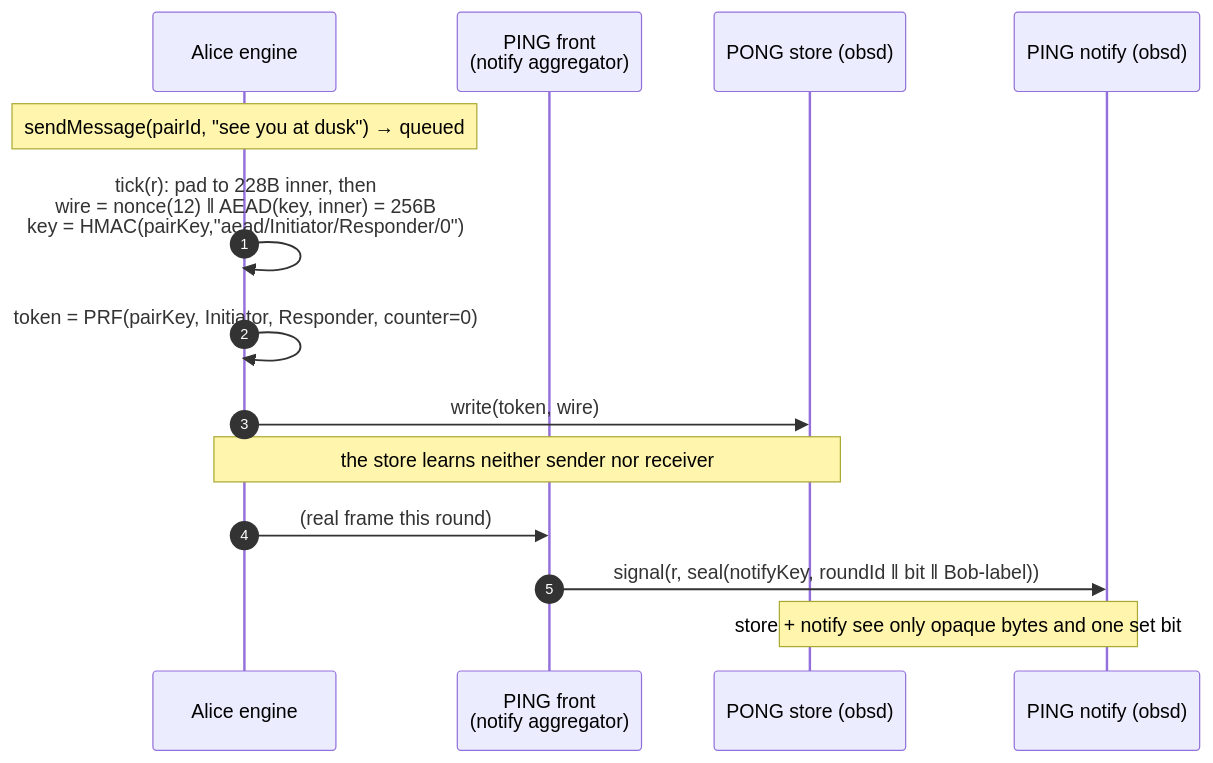
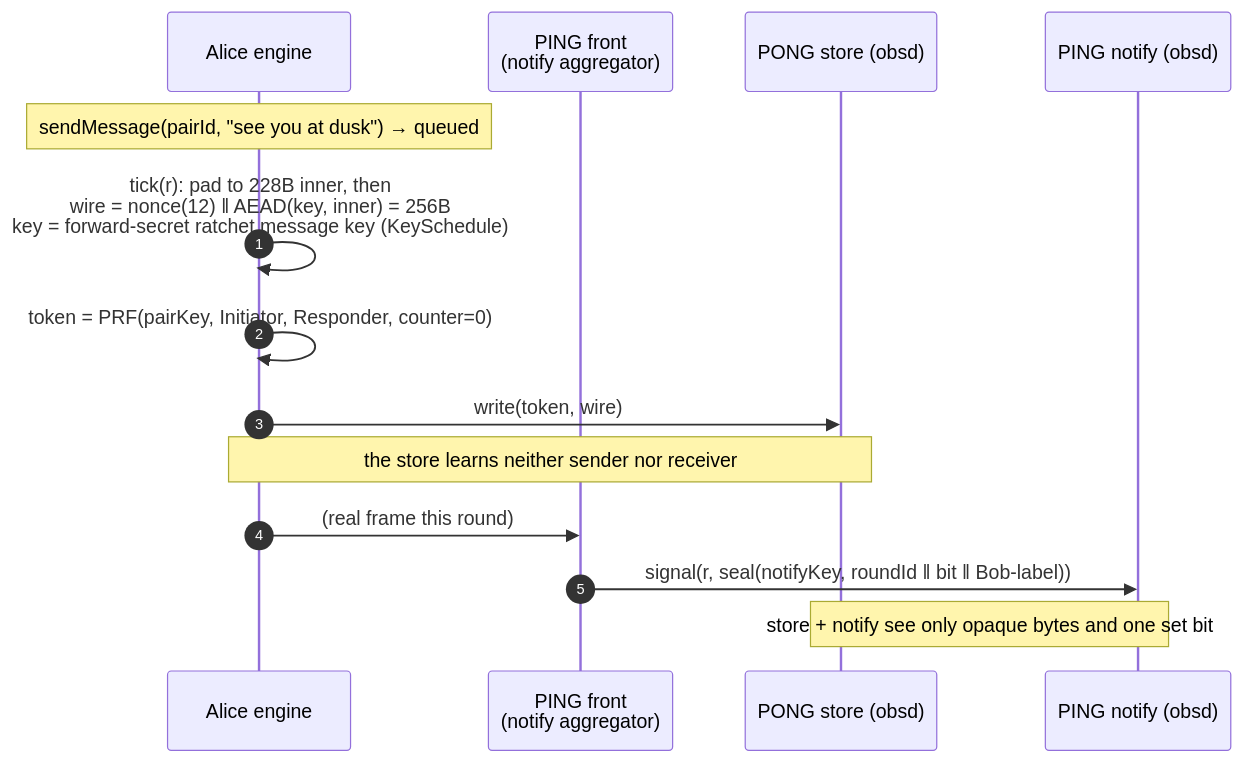
One commit to oluies/Deppis changed the fourth of 9 diagrams in ARCHITECTURE.md. Above: the diagram before and after it, drawn with Mermaid. The commit also changed other lines of this file and 9 other files, not shown here.

First line of the commit message:
feat(engine): forward-secret symmetric ratchet in the message path (#44)

````diff
--- a/ARCHITECTURE.md
+++ b/ARCHITECTURE.md
@@ -123,17 +123,17 @@
 ```mermaid
 sequenceDiagram
     autonumber
     participant AE as Alice engine
     participant PF as PING front<br/>(notify aggregator)
     participant ST as PONG store (obsd)
     participant NT as PING notify (obsd)
 
     Note over AE: sendMessage(pairId, "see you at dusk") → queued
-    AE->>AE: tick(r): pad to 228B inner, then<br/>wire = nonce(12) ‖ AEAD(key, inner) = 256B<br/>key = HMAC(pairKey,"aead/Initiator/Responder/0")
+    AE->>AE: tick(r): pad to 228B inner, then<br/>wire = nonce(12) ‖ AEAD(key, inner) = 256B<br/>key = forward-secret ratchet message key (KeySchedule)
     AE->>AE: token = PRF(pairKey, Initiator, Responder, counter=0)
     AE->>ST: write(token, wire)
     Note over AE,ST: the store learns neither sender nor receiver
     AE->>PF: (real frame this round)
     PF->>NT: signal(r, seal(notifyKey, roundId ‖ bit ‖ Bob-label))
     Note over ST,NT: store + notify see only opaque bytes and one set bit
 ```
````
